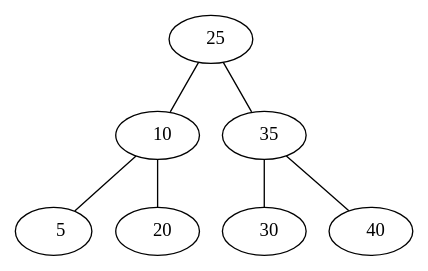
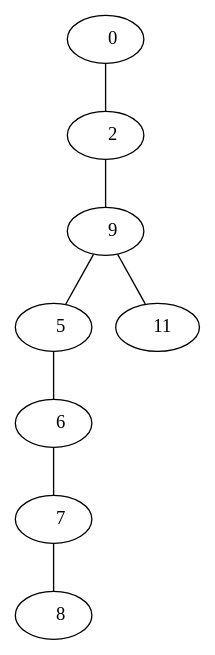
The diagram in FASE2/arbol_binario.dot (nxz7/EDD_PROYECTO-_202200007), drawn with Graphviz before and after one commit. The commit also changed 29 other files, not shown here.

```diff
--- a/FASE2/arbol_binario.dot
+++ b/FASE2/arbol_binario.dot
@@ -1,15 +1,17 @@
 graph{
-     1 [label="   25"];
+     1 [label="    0"];
      1 --     2;
-     1 --     3;
-     2 [label="   10"];
-     2 --     4;
-     2 --     5;
+     2 [label="    2"];
+     2 --     3;
+     3 [label="    9"];
+     3 --     4;
+     3 --     5;
      4 [label="    5"];
-     5 [label="   20"];
-     3 [label="   35"];
-     3 --     6;
-     3 --     7;
-     6 [label="   30"];
-     7 [label="   40"];
+     4 --     6;
+     6 [label="    6"];
+     6 --     7;
+     7 [label="    7"];
+     7 --     8;
+     8 [label="    8"];
+     5 [label="   11"];
 }
```
